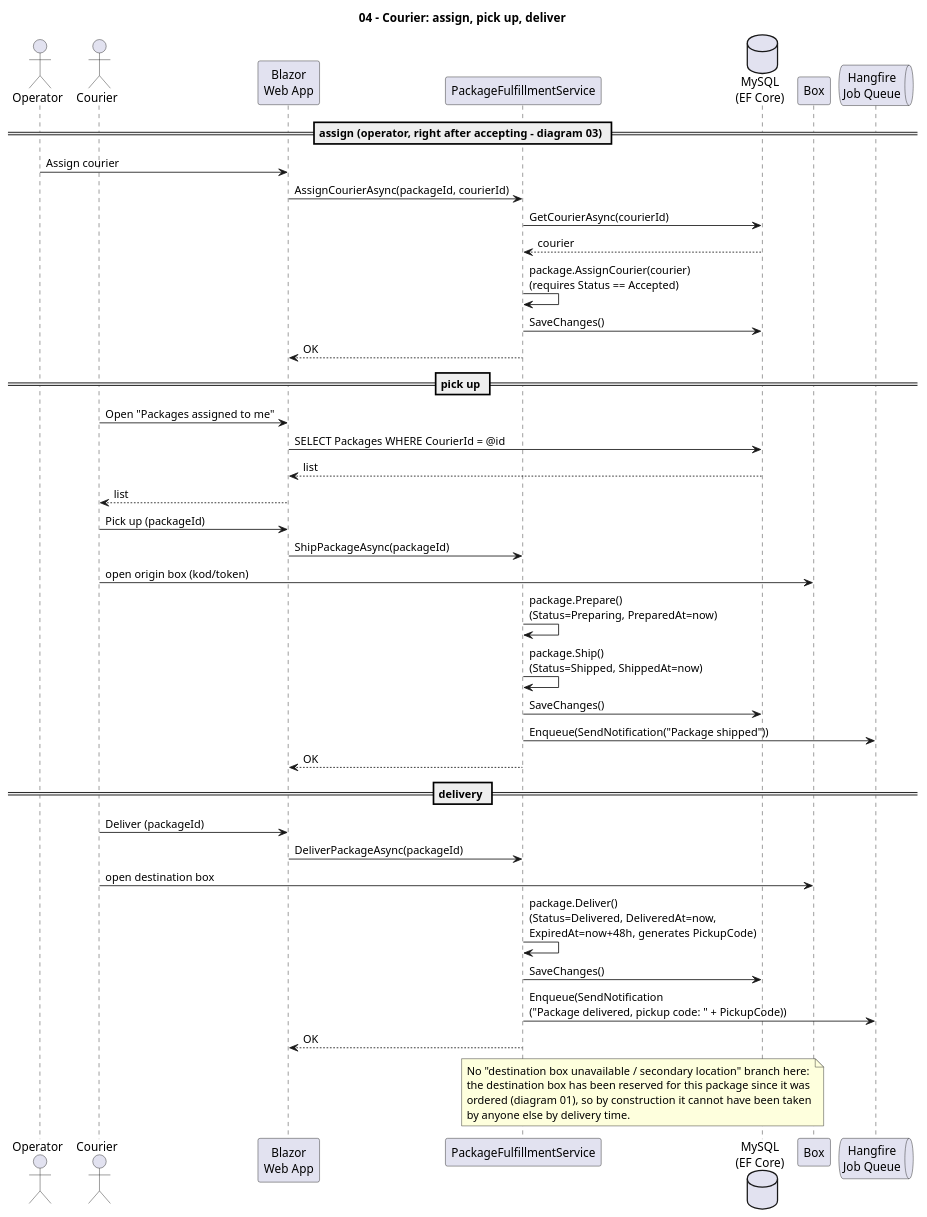
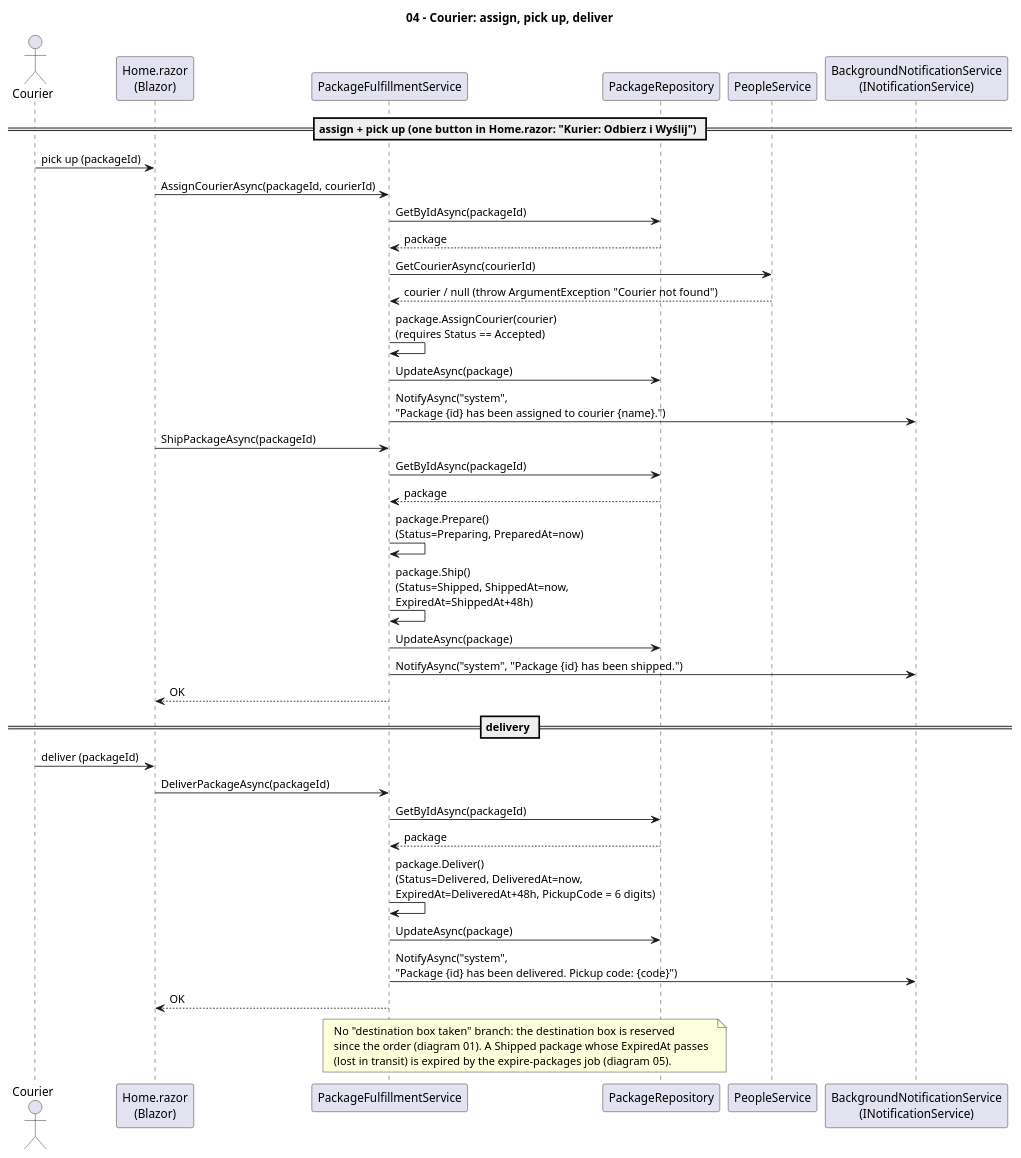
One commit to AGH-ISI-projects/package-management changed the fourth of 6 diagrams in krzycha/docs/nowe/sekwencje/sequence-diagrams.puml. Above: the diagram before and after it, drawn with PlantUML. The commit also changed other lines of this file and 20 other files, not shown here.

First line of the commit message:
Diagramy w docs/nowe: tylko klasy i metody istniejące w kodzie

```diff
--- a/krzycha/docs/nowe/sekwencje/sequence-diagrams.puml
+++ b/krzycha/docs/nowe/sekwencje/sequence-diagrams.puml
@@ -203,52 +244,47 @@
 @startuml 04-courier-pickup-delivery
 title 04 - Courier: assign, pick up, deliver
 
-actor Operator
 actor Courier
-participant "Blazor\nWeb App" as Web
+participant "Home.razor\n(Blazor)" as Web
 participant "PackageFulfillmentService" as FulfillSvc
-database "MySQL\n(EF Core)" as DB
-participant "Box" as Box
-queue "Hangfire\nJob Queue" as Hangfire
+participant "PackageRepository" as PkgRepo
+participant "PeopleService" as People
+participant "BackgroundNotificationService\n(INotificationService)" as Notify
 
-== assign (operator, right after accepting - diagram 03) ==
-Operator -> Web: Assign courier
+== assign + pick up (one button in Home.razor: "Kurier: Odbierz i Wyślij") ==
+Courier -> Web: pick up (packageId)
 Web -> FulfillSvc: AssignCourierAsync(packageId, courierId)
-FulfillSvc -> DB: GetCourierAsync(courierId)
-DB --> FulfillSvc: courier
+FulfillSvc -> PkgRepo: GetByIdAsync(packageId)
+PkgRepo --> FulfillSvc: package
+FulfillSvc -> People: GetCourierAsync(courierId)
+People --> FulfillSvc: courier / null (throw ArgumentException "Courier not found")
 FulfillSvc -> FulfillSvc: package.AssignCourier(courier)\n(requires Status == Accepted)
-FulfillSvc -> DB: SaveChanges()
-FulfillSvc --> Web: OK
+FulfillSvc -> PkgRepo: UpdateAsync(package)
+FulfillSvc -> Notify: NotifyAsync("system",\n"Package {id} has been assigned to courier {name}.")
 
-== pick up ==
-Courier -> Web: Open "Packages assigned to me"
-Web -> DB: SELECT Packages WHERE CourierId = @id
-DB --> Web: list
-Web --> Courier: list
-
-Courier -> Web: Pick up (packageId)
 Web -> FulfillSvc: ShipPackageAsync(packageId)
-Courier -> Box: open origin box (kod/token)
+FulfillSvc -> PkgRepo: GetByIdAsync(packageId)
+PkgRepo --> FulfillSvc: package
 FulfillSvc -> FulfillSvc: package.Prepare()\n(Status=Preparing, PreparedAt=now)
-FulfillSvc -> FulfillSvc: package.Ship()\n(Status=Shipped, ShippedAt=now)
-FulfillSvc -> DB: SaveChanges()
-FulfillSvc -> Hangfire: Enqueue(SendNotification("Package shipped"))
+FulfillSvc -> FulfillSvc: package.Ship()\n(Status=Shipped, ShippedAt=now,\nExpiredAt=ShippedAt+48h)
+FulfillSvc -> PkgRepo: UpdateAsync(package)
+FulfillSvc -> Notify: NotifyAsync("system", "Package {id} has been shipped.")
 FulfillSvc --> Web: OK
 
 == delivery ==
-Courier -> Web: Deliver (packageId)
+Courier -> Web: deliver (packageId)
 Web -> FulfillSvc: DeliverPackageAsync(packageId)
-Courier -> Box: open destination box
-FulfillSvc -> FulfillSvc: package.Deliver()\n(Status=Delivered, DeliveredAt=now,\nExpiredAt=now+48h, generates PickupCode)
-FulfillSvc -> DB: SaveChanges()
-FulfillSvc -> Hangfire: Enqueue(SendNotification\n("Package delivered, pickup code: " + PickupCode))
+FulfillSvc -> PkgRepo: GetByIdAsync(packageId)
+PkgRepo --> FulfillSvc: package
+FulfillSvc -> FulfillSvc: package.Deliver()\n(Status=Delivered, DeliveredAt=now,\nExpiredAt=DeliveredAt+48h, PickupCode = 6 digits)
+FulfillSvc -> PkgRepo: UpdateAsync(package)
+FulfillSvc -> Notify: NotifyAsync("system",\n"Package {id} has been delivered. Pickup code: {code}")
 FulfillSvc --> Web: OK
 
-note over FulfillSvc, DB
-  No "destination box unavailable / secondary location" branch here:
-  the destination box has been reserved for this package since it was
-  ordered (diagram 01), so by construction it cannot have been taken
-  by anyone else by delivery time.
+note over FulfillSvc, PkgRepo
+  No "destination box taken" branch: the destination box is reserved
+  since the order (diagram 01). A Shipped package whose ExpiredAt passes
+  (lost in transit) is expired by the expire-packages job (diagram 05).
 end note
 
 @enduml
```
